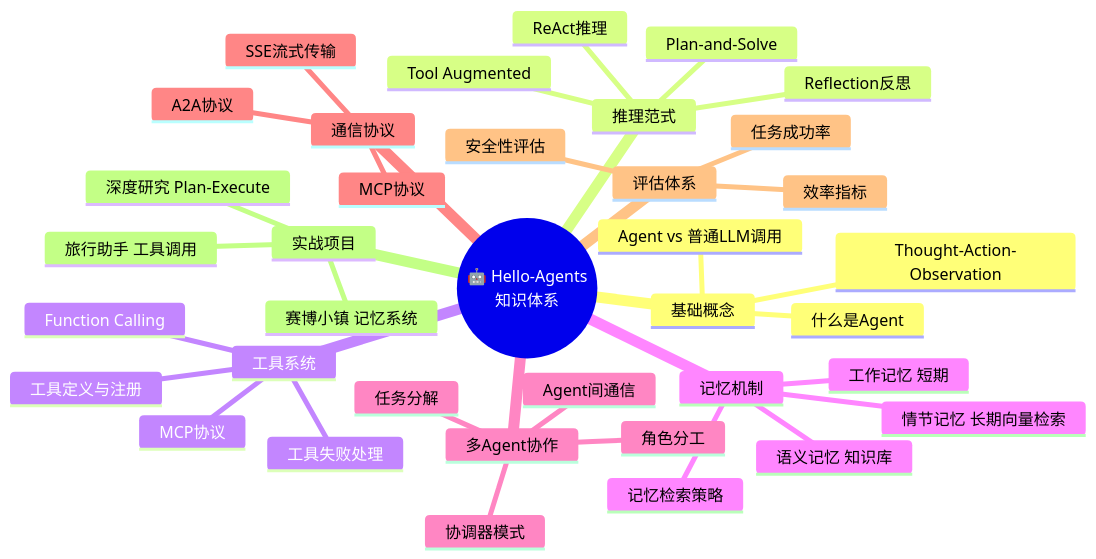
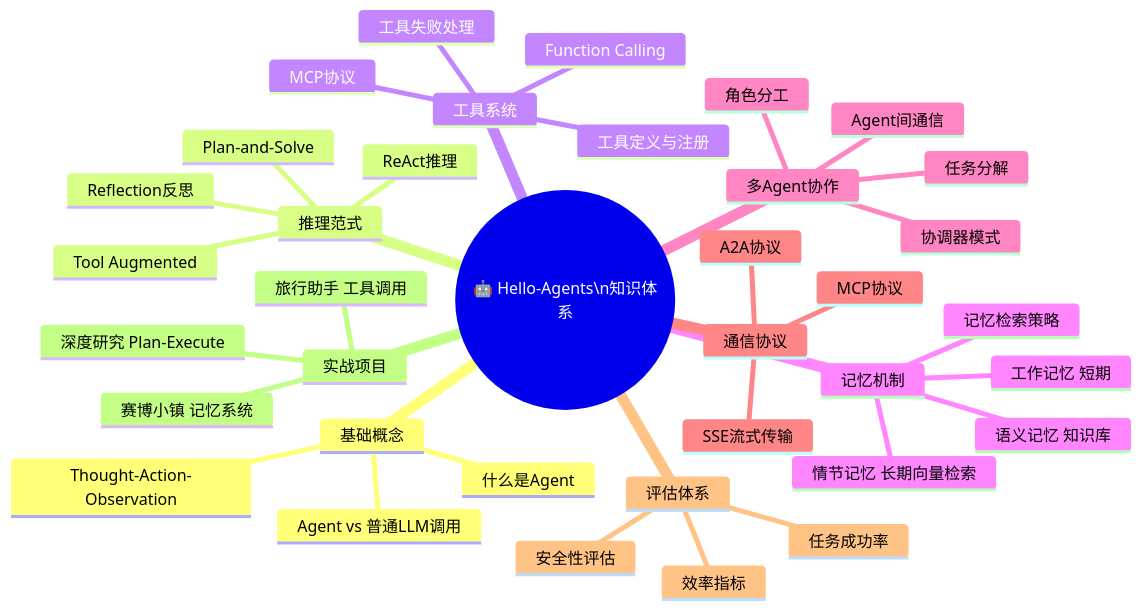
One commit to xuqi2024/xuqi2024.github.io changed the first of 3 diagrams in source/_posts/2026-04-16-hello-agents-ch16-graduation.md. Above: the diagram before and after it, drawn with Mermaid. The commit also changed other lines of this file and 49 other files, not shown here.

````diff
--- a/source/_posts/2026-04-16-hello-agents-ch16-graduation.md
+++ b/source/_posts/2026-04-16-hello-agents-ch16-graduation.md
@@ -40,40 +33,40 @@
 ```mermaid
 mindmap
-  root(("🤖 Hello-Agents<br/>知识体系"))
+  root(("🤖 Hello-Agents\n知识体系"))
     基础概念
       什么是Agent
       Thought-Action-Observation
       Agent vs 普通LLM调用
     推理范式
       ReAct推理
       Plan-and-Solve
       Reflection反思
       Tool Augmented
     工具系统
       工具定义与注册
       Function Calling
       MCP协议
       工具失败处理
     记忆机制
       工作记忆 短期
       情节记忆 长期向量检索
       语义记忆 知识库
       记忆检索策略
     多Agent协作
       角色分工
       任务分解
       Agent间通信
       协调器模式
     通信协议
       A2A协议
       MCP协议
       SSE流式传输
     评估体系
       任务成功率
       效率指标
       安全性评估
     实战项目
       旅行助手 工具调用
       深度研究 Plan-Execute
       赛博小镇 记忆系统
 ```
````
